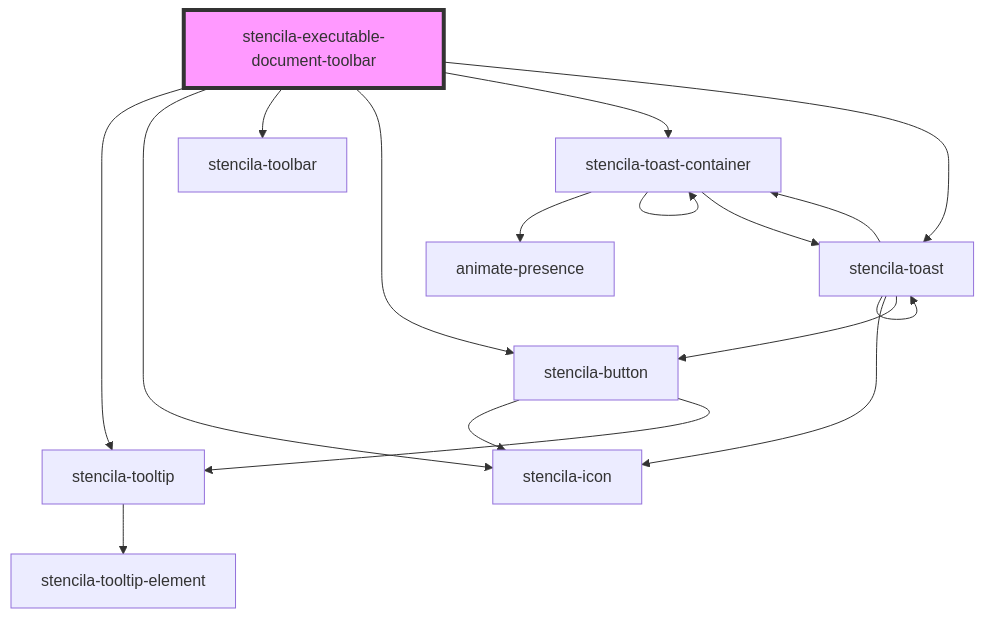
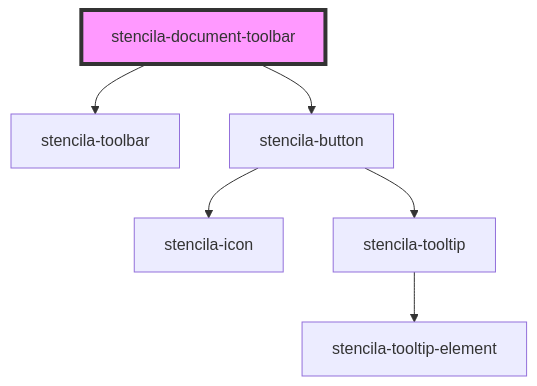
The diagram in packages/components/src/components/executableDocumentToolbar/readme.md (stencila/designa), drawn with Mermaid before and after one commit. The commit also changed other lines of this file and 16 other files, not shown here.

First line of the commit message:
refactor(Document Toolbar): Rename component

````diff
--- a/packages/components/src/components/executableDocumentToolbar/readme.md
+++ b/packages/components/src/components/executableDocumentToolbar/readme.md
@@ -36,20 +41,9 @@
 ```mermaid
 graph TD;
-  stencila-executable-document-toolbar --> stencila-tooltip
-  stencila-executable-document-toolbar --> stencila-icon
-  stencila-executable-document-toolbar --> stencila-toolbar
-  stencila-executable-document-toolbar --> stencila-button
-  stencila-executable-document-toolbar --> stencila-toast-container
-  stencila-executable-document-toolbar --> stencila-toast
-  stencila-tooltip --> stencila-tooltip-element
+  stencila-document-toolbar --> stencila-toolbar
+  stencila-document-toolbar --> stencila-button
   stencila-button --> stencila-icon
   stencila-button --> stencila-tooltip
-  stencila-toast-container --> animate-presence
-  stencila-toast-container --> stencila-toast-container
-  stencila-toast-container --> stencila-toast
-  stencila-toast --> stencila-icon
-  stencila-toast --> stencila-button
-  stencila-toast --> stencila-toast-container
-  stencila-toast --> stencila-toast
-  style stencila-executable-document-toolbar fill:#f9f,stroke:#333,stroke-width:4px
+  stencila-tooltip --> stencila-tooltip-element
+  style stencila-document-toolbar fill:#f9f,stroke:#333,stroke-width:4px
 ```
````
